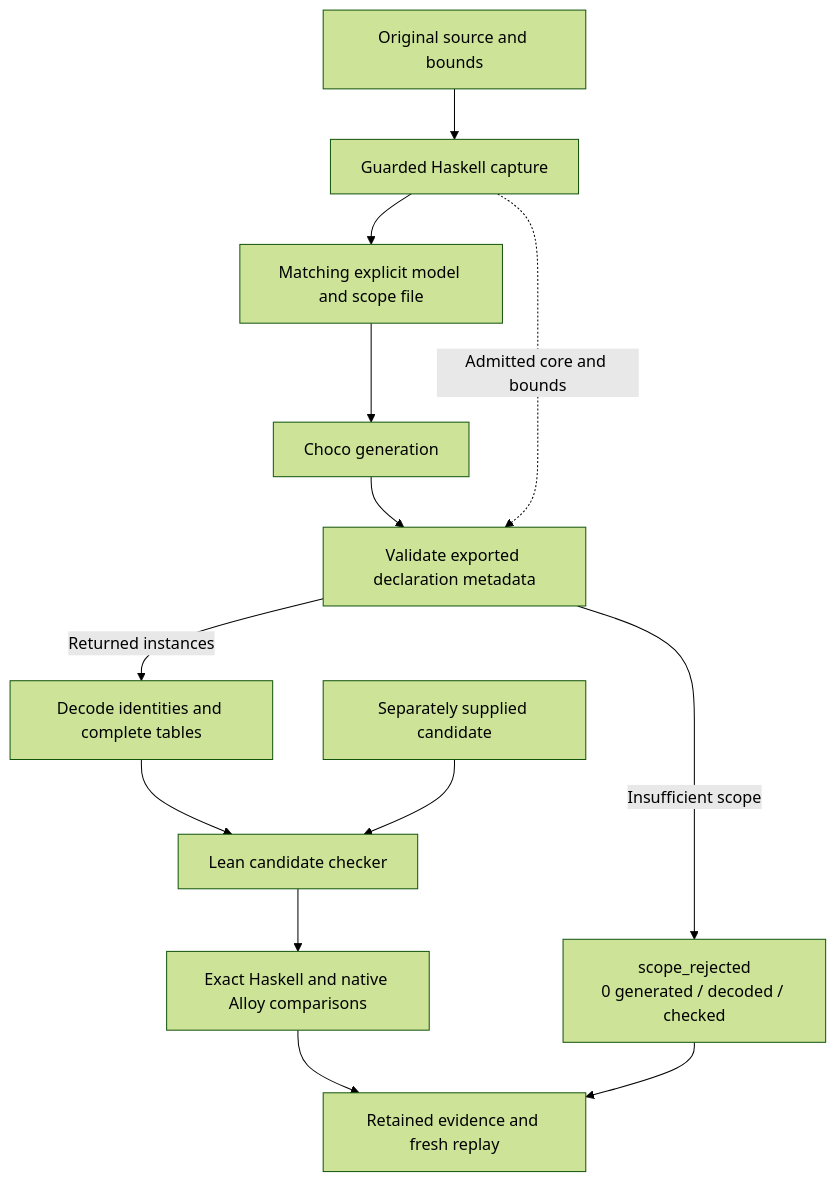
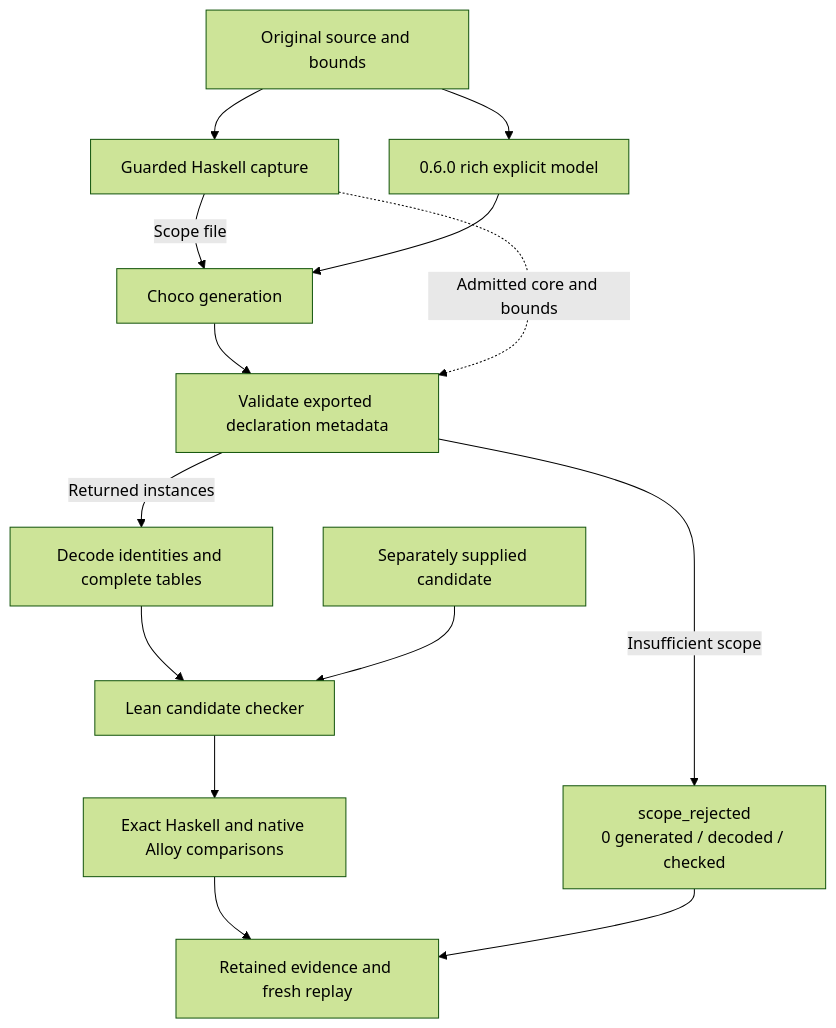
The first of 2 diagrams in docs/choco-adapter.md (kbak/clafer-compiler-lean), drawn with Mermaid (forest theme) before and after one commit. The commit also changed other lines of this file and 12 other files, not shown here.

Commit message:
Check release 0.6.0 rich models through the Choco adapter (#154)

````diff
--- a/docs/choco-adapter.md
+++ b/docs/choco-adapter.md
@@ -105,15 +114,16 @@
 ```mermaid
 flowchart TD
   source["Original source and bounds"] --> capture["Guarded Haskell capture"]
-  capture --> explicit["Matching explicit model and scope file"]
+  source --> explicit["0.6.0 rich explicit model"]
+  capture -->|Scope file| choco
   explicit --> choco["Choco generation"]
   choco --> metadata["Validate exported declaration metadata"]
   capture -.->|Admitted core and bounds| metadata
   metadata -->|Returned instances| decode["Decode identities and complete tables"]
   decode --> checker["Lean candidate checker"]
   supplied["Separately supplied candidate"] --> checker
   checker --> exact["Exact Haskell and native Alloy comparisons"]
   exact --> evidence["Retained evidence and fresh replay"]
   metadata -->|Insufficient scope| rejected["scope_rejected<br/>0 generated / decoded / checked"]
   rejected --> evidence
 ```
````
